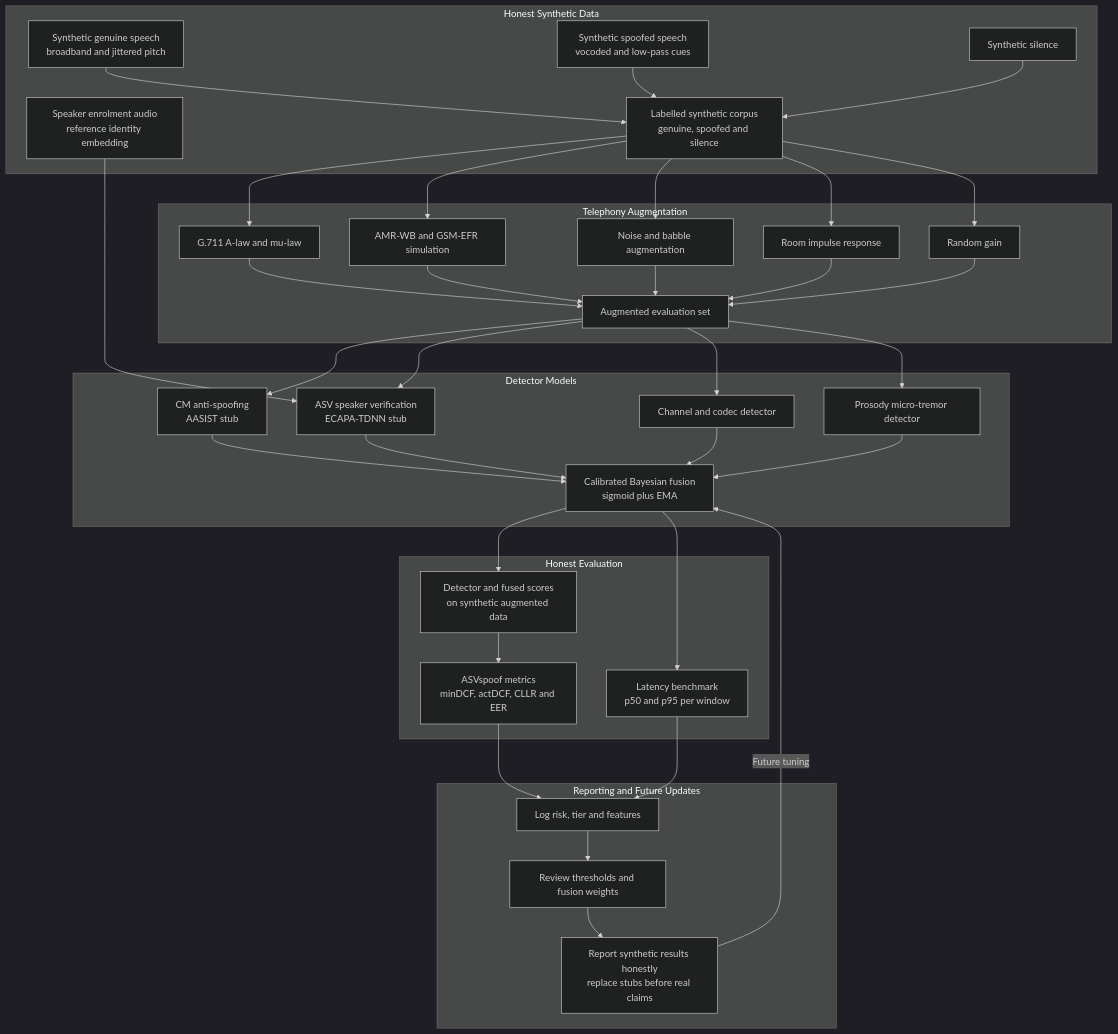
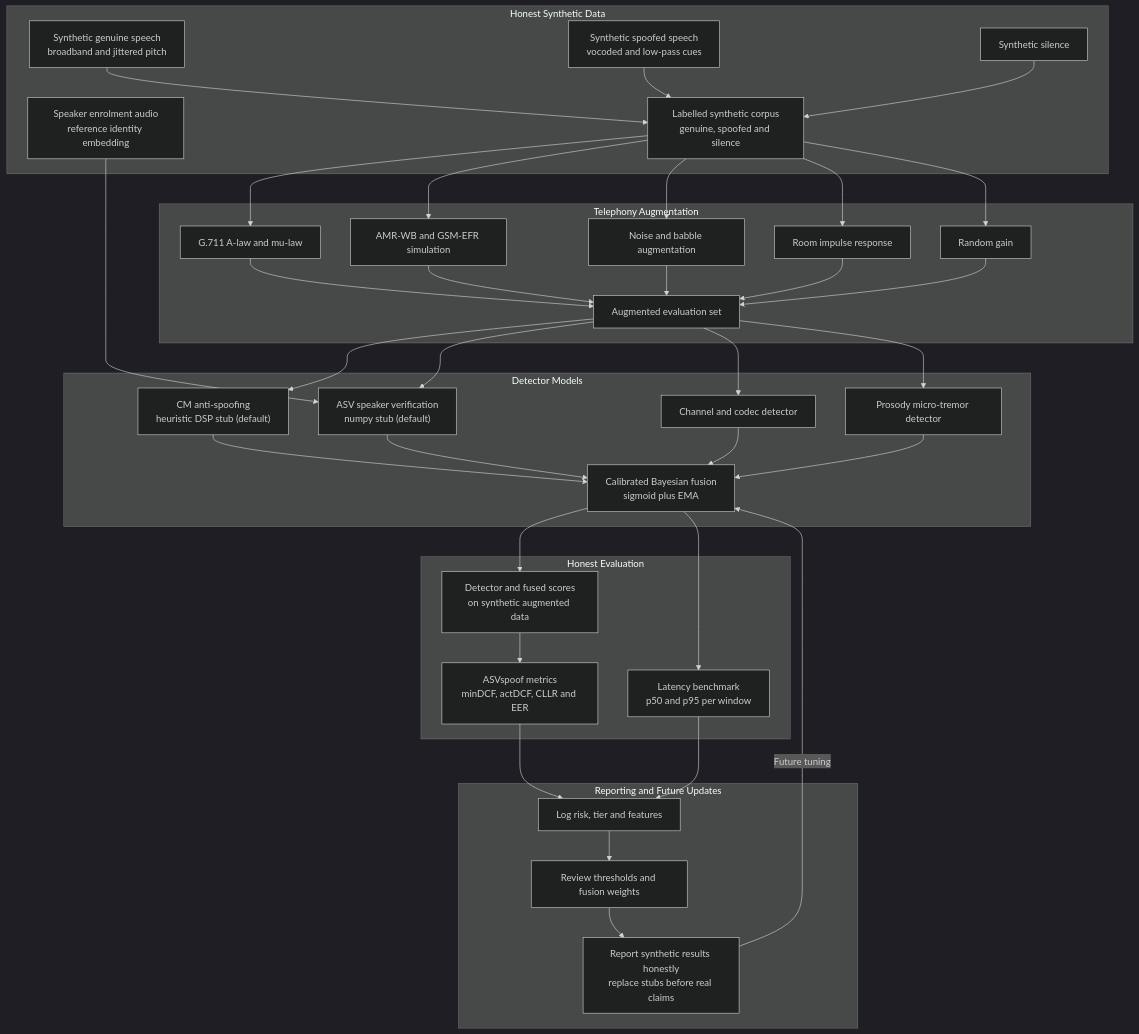
The second of 3 diagrams in docs/FLOWCHARTS_CORRECTED.md (BeastAyyG/VaniRakshak), drawn with Mermaid (dark theme) before and after one commit. The commit also changed other lines of this file and 20 other files, not shown here.

First line of the commit message:
docs: rewrite PROTOCOL/API_SPEC, retract false claims in FLOWCHARTS, archive stale docs

````diff
--- a/docs/FLOWCHARTS_CORRECTED.md
+++ b/docs/FLOWCHARTS_CORRECTED.md
@@ -98,69 +123,69 @@
 ```mermaid
 flowchart TD
     subgraph Data["Honest Synthetic Data"]
         A1["Synthetic genuine speech<br/>broadband and jittered pitch"]
         A2["Synthetic spoofed speech<br/>vocoded and low-pass cues"]
         A3["Synthetic silence"]
         A4["Speaker enrolment audio<br/>reference identity embedding"]
         B["Labelled synthetic corpus<br/>genuine, spoofed and silence"]
     end
     A1 --> B
     A2 --> B
     A3 --> B
 
     subgraph Aug["Telephony Augmentation"]
         C1["G.711 A-law and mu-law"]
         C2["AMR-WB and GSM-EFR simulation"]
         C3["Noise and babble augmentation"]
         C4["Room impulse response"]
         C5["Random gain"]
         D["Augmented evaluation set"]
     end
     B --> C1
     B --> C2
     B --> C3
     B --> C4
     B --> C5
     C1 --> D
     C2 --> D
     C3 --> D
     C4 --> D
     C5 --> D
 
     subgraph Models["Detector Models"]
-        E1["CM anti-spoofing<br/>AASIST stub"]
-        E2["ASV speaker verification<br/>ECAPA-TDNN stub"]
+        E1["CM anti-spoofing<br/>heuristic DSP stub (default)"]
+        E2["ASV speaker verification<br/>numpy stub (default)"]
         E3["Channel and codec detector"]
         E4["Prosody micro-tremor detector"]
         E5["Calibrated Bayesian fusion<br/>sigmoid plus EMA"]
     end
     D --> E1
     D --> E2
     D --> E3
     D --> E4
     A4 --> E2
     E1 --> E5
     E2 --> E5
     E3 --> E5
     E4 --> E5
 
     subgraph Eval["Honest Evaluation"]
         F1["Detector and fused scores<br/>on synthetic augmented data"]
         F2["ASVspoof metrics<br/>minDCF, actDCF, CLLR and EER"]
         F3["Latency benchmark<br/>p50 and p95 per window"]
     end
     E5 --> F1
     F1 --> F2
     E5 --> F3
 
     subgraph Monitor["Reporting and Future Updates"]
         G1["Log risk, tier and features"]
         G2["Review thresholds and fusion weights"]
         G3["Report synthetic results honestly<br/>replace stubs before real claims"]
     end
     F2 --> G1
     F3 --> G1
     G1 --> G2
     G2 --> G3
     G3 -->|Future tuning| E5
 ```
````
